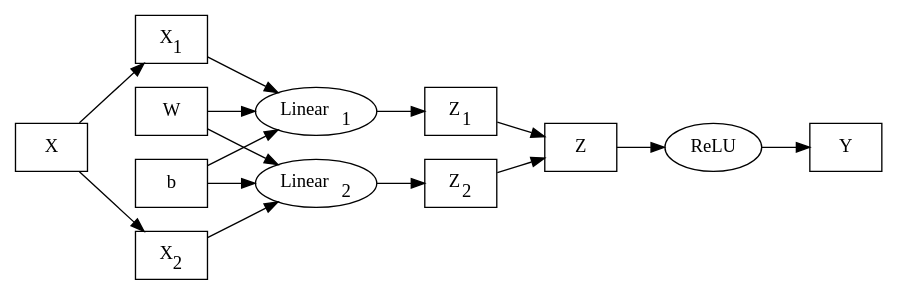
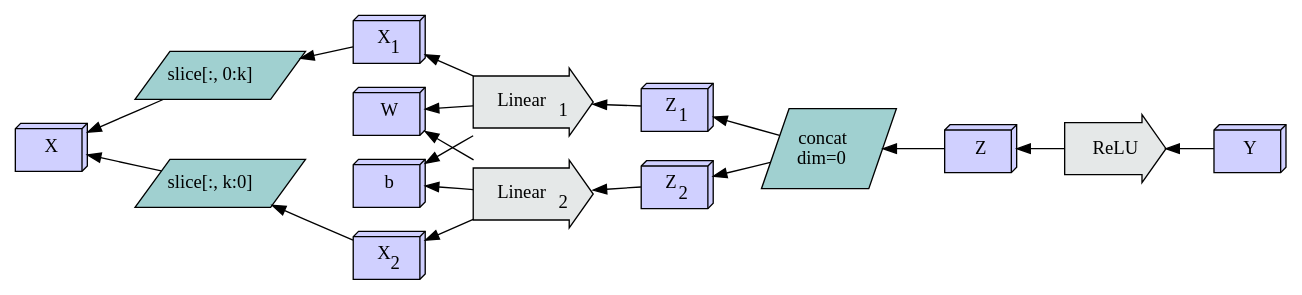
The fifth of 55 diagrams in source/Tapestry/index.md (crutcher/crutcher.github.io-source), drawn with Graphviz before and after one commit. The commit also changed other lines of this file, not shown here.

Commit message:
graph ordering

````diff
--- a/source/Tapestry/index.md
+++ b/source/Tapestry/index.md
@@ -989,33 +1006,73 @@
 ```graphviz
 digraph D {
-    rankdir=LR;
-    X, W, b, Z, Y [shape=box];
+    rankdir=RL;
+    X, X_1, X_2, W, b, Z, Z_1, Z_2, Y [shape=box3d, fillcolor="#d0d0ff", style=filled];
+    Linear_1, Linear_2, ReLU [
+        shape=rarrow,
+        margin=0.25,
+        style=filled,
+        fillcolor="#E5E8E8",
+    ];
     
-    X_1 [label=<X<sub>1</sub>>, shape=box];
-    X_2 [label=<X<sub>2</sub>>, shape=box];
+    X_1 [label=<X<sub>1</sub>>];
+    X_2 [label=<X<sub>2</sub>>];
     
     Linear_1 [label=<Linear<sub>1</sub>>];
     Linear_2 [label=<Linear<sub>2</sub>>];
-    Z_1 [label=<Z<sub>1</sub>>, shape=box];
-    Z_2 [label=<Z<sub>2</sub>>, shape=box];
+    Z_1 [label=<Z<sub>1</sub>>];
+    Z_2 [label=<Z<sub>2</sub>>];
     
-    X -> X_1;
-    X -> X_2;
+    SX0 [
+      label=<slice[:, 0:k]>,
+      margin=0,
+      shape=parallelogram,
+      style=filled,
+      fillcolor="#a0d0d0",
+      color=black,
+    ];
+    SX1 [
+      label=<slice[:, k:0]>,
+      margin=0,
+      shape=parallelogram,
+      style=filled,
+      fillcolor="#a0d0d0",
+      color=black,
+    ];
     
-    X_1 -> Linear_1;
-    W -> Linear_1;
-    b -> Linear_1;
-    Linear_1 -> Z_1;
+    SX0 -> X;
+    SX1 -> X;
     
-    X_2 -> Linear_2;
-    W -> Linear_2;
-    b -> Linear_2;
-    Linear_2 -> Z_2;
+    X_1 -> SX0;
+    X_2 -> SX1;
     
-    Z_1 -> Z;
-    Z_2 -> Z;
+    Linear_1 -> X_1;
+    Linear_1 -> W;
+    Linear_1 -> b;
+    Z_1 -> Linear_1;
     
-    Z -> ReLU;
-    ReLU -> Y;
+    Linear_2 -> X_2;
+    Linear_2 -> W;
+    Linear_2 -> b;
+    Z_2 -> Linear_2;
+    
+    SZ [
+      label=<
+         <table border="0" cellspacing="0" cellpadding="0">
+           <tr><td>concat</td></tr>
+           <tr><td>dim=0</td></tr>
+           </table>
+      >,
+      margin=0,
+      shape=parallelogram,
+      style=filled,
+      fillcolor="#a0d0d0",
+      color=black,
+    ];
+    SZ -> Z_1;
+    SZ -> Z_2;
+    Z -> SZ;
+    
+    ReLU -> Z;
+    Y -> ReLU;
 }
 ```
````
